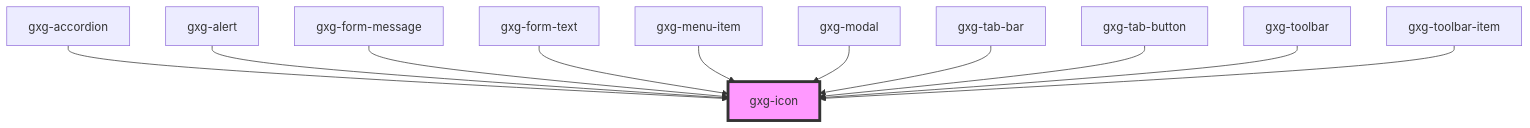
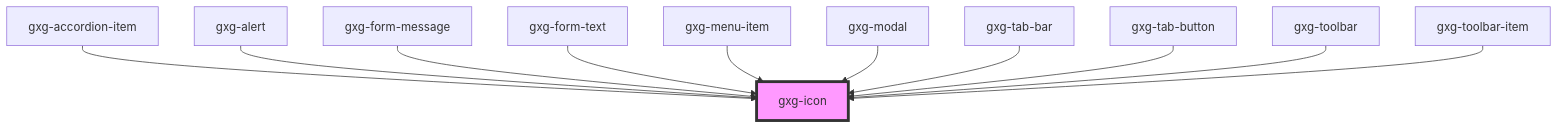
Before and after one commit to genexuslabs/gemini: the diagram in src/components/icon/readme.md, drawn with Mermaid. The commit also changed other lines of this file and 23 other files, not shown here.

````diff
--- a/src/components/icon/readme.md
+++ b/src/components/icon/readme.md
@@ -39,14 +39,14 @@
 ```mermaid
 graph TD;
-  gxg-accordion --> gxg-icon
+  gxg-accordion-item --> gxg-icon
   gxg-alert --> gxg-icon
   gxg-form-message --> gxg-icon
   gxg-form-text --> gxg-icon
   gxg-menu-item --> gxg-icon
   gxg-modal --> gxg-icon
   gxg-tab-bar --> gxg-icon
   gxg-tab-button --> gxg-icon
   gxg-toolbar --> gxg-icon
   gxg-toolbar-item --> gxg-icon
   style gxg-icon fill:#f9f,stroke:#333,stroke-width:4px
 ```
````
